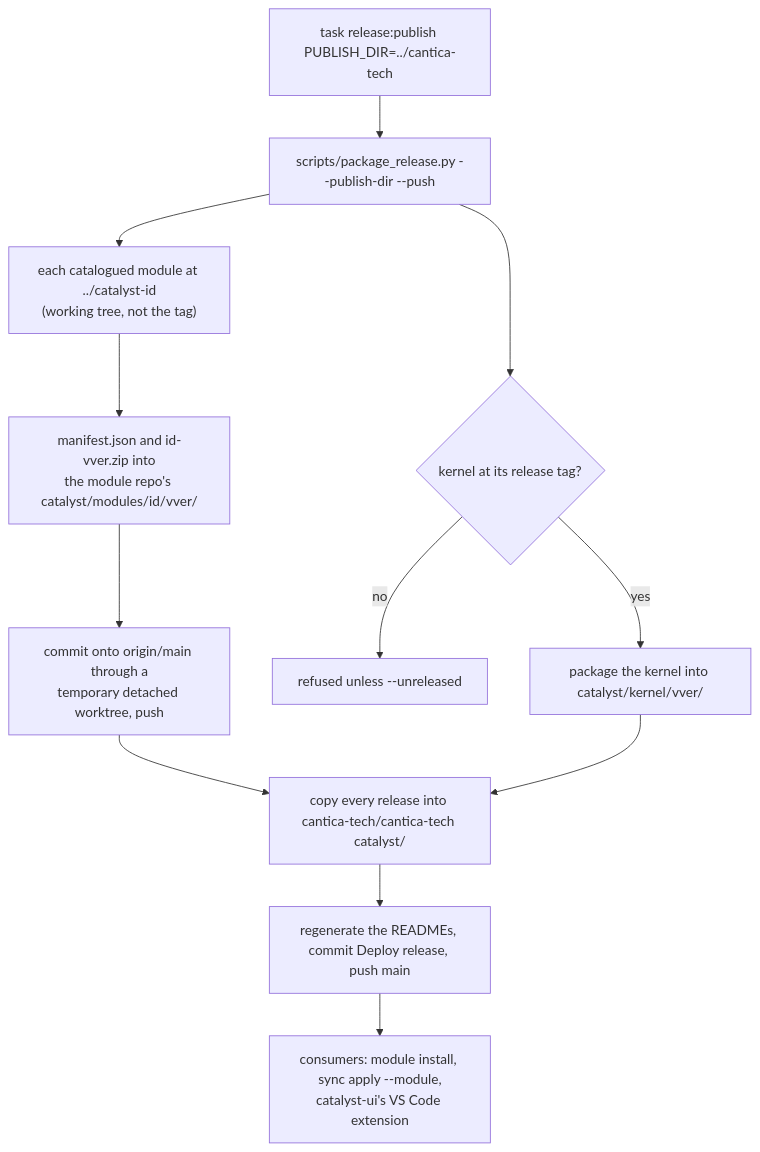
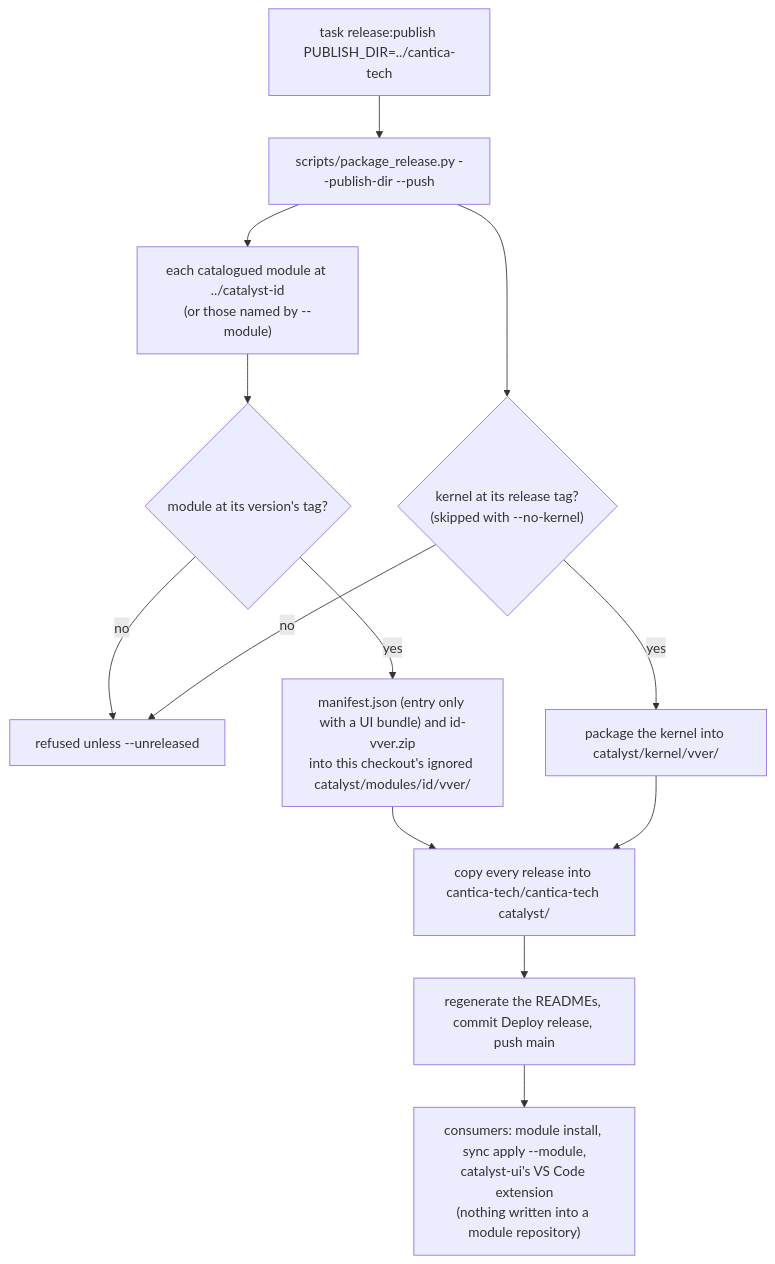
Before and after one commit to cantica-tech/catalyst-docs: diagram 29 of 29 in docs/guide/manual/40-modules.md, drawn with Mermaid. The commit also changed other lines of this file and 9 other files, not shown here.

````diff
--- a/docs/guide/manual/40-modules.md
+++ b/docs/guide/manual/40-modules.md
@@ -1597,14 +1609,15 @@
 ```mermaid
 flowchart TD
   T["task release:publish PUBLISH_DIR=../cantica-tech"] --> P["scripts/package_release.py --publish-dir --push"]
-  P --> M["each catalogued module at ../catalyst-id<br/>(working tree, not the tag)"]
-  M --> MZ["manifest.json and id-vver.zip into<br/>the module repo's catalyst/modules/id/vver/"]
-  MZ --> MP["commit onto origin/main through a<br/>temporary detached worktree, push"]
-  P --> K{"kernel at its release tag?"}
+  P --> M["each catalogued module at ../catalyst-id<br/>(or those named by --module)"]
+  M --> MT{"module at its version's tag?"}
+  MT -- no --> R
+  MT -- yes --> MZ["manifest.json (entry only with a UI bundle) and id-vver.zip<br/>into this checkout's ignored catalyst/modules/id/vver/"]
+  P --> K{"kernel at its release tag?<br/>(skipped with --no-kernel)"}
   K -- no --> R["refused unless --unreleased"]
   K -- yes --> KP["package the kernel into catalyst/kernel/vver/"]
-  MP --> D["copy every release into cantica-tech/cantica-tech catalyst/"]
+  MZ --> D["copy every release into cantica-tech/cantica-tech catalyst/"]
   KP --> D
   D --> RD["regenerate the READMEs, commit Deploy release, push main"]
-  RD --> CON["consumers: module install, sync apply --module,<br/>catalyst-ui's VS Code extension"]
+  RD --> CON["consumers: module install, sync apply --module,<br/>catalyst-ui's VS Code extension<br/>(nothing written into a module repository)"]
 ```
````
